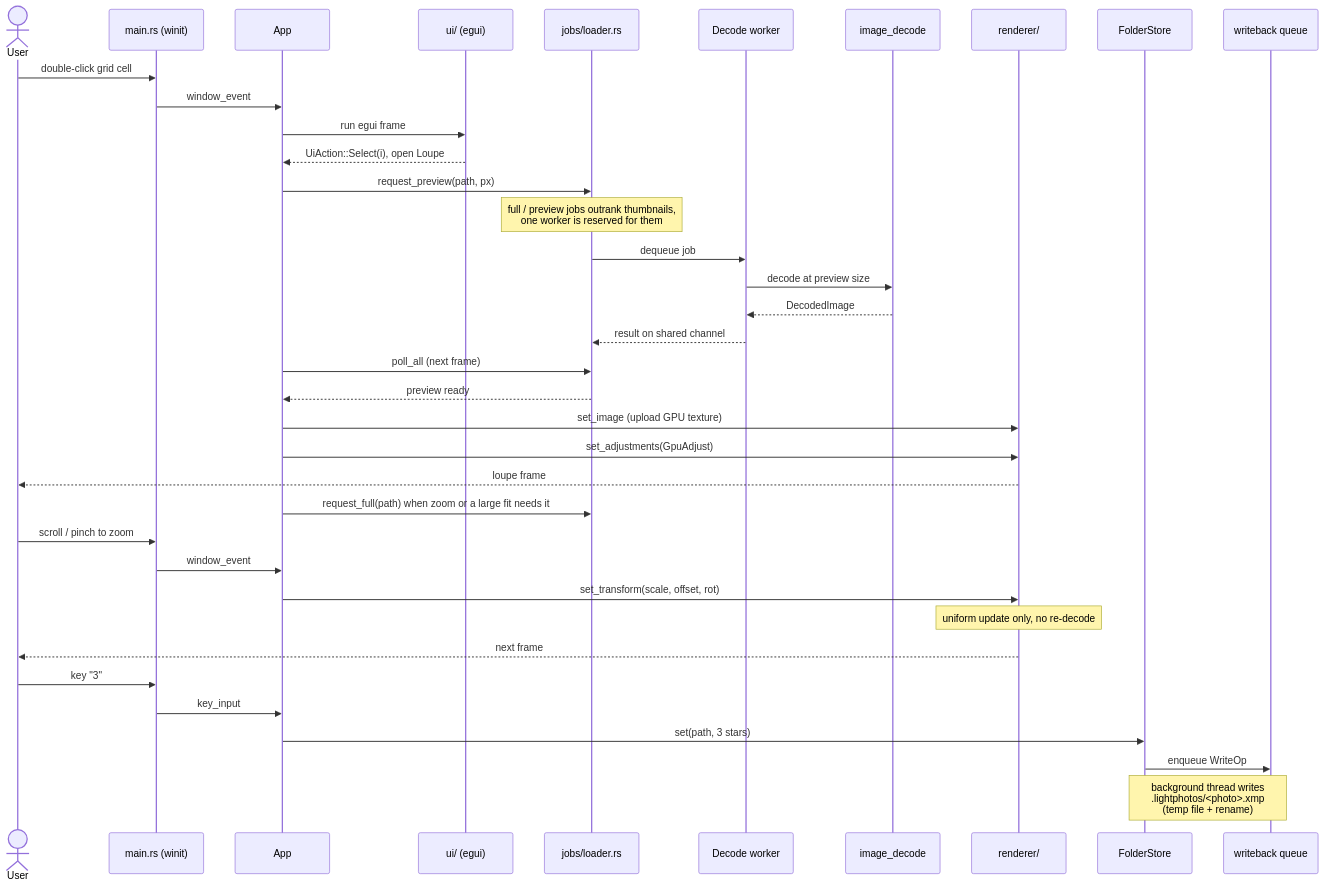
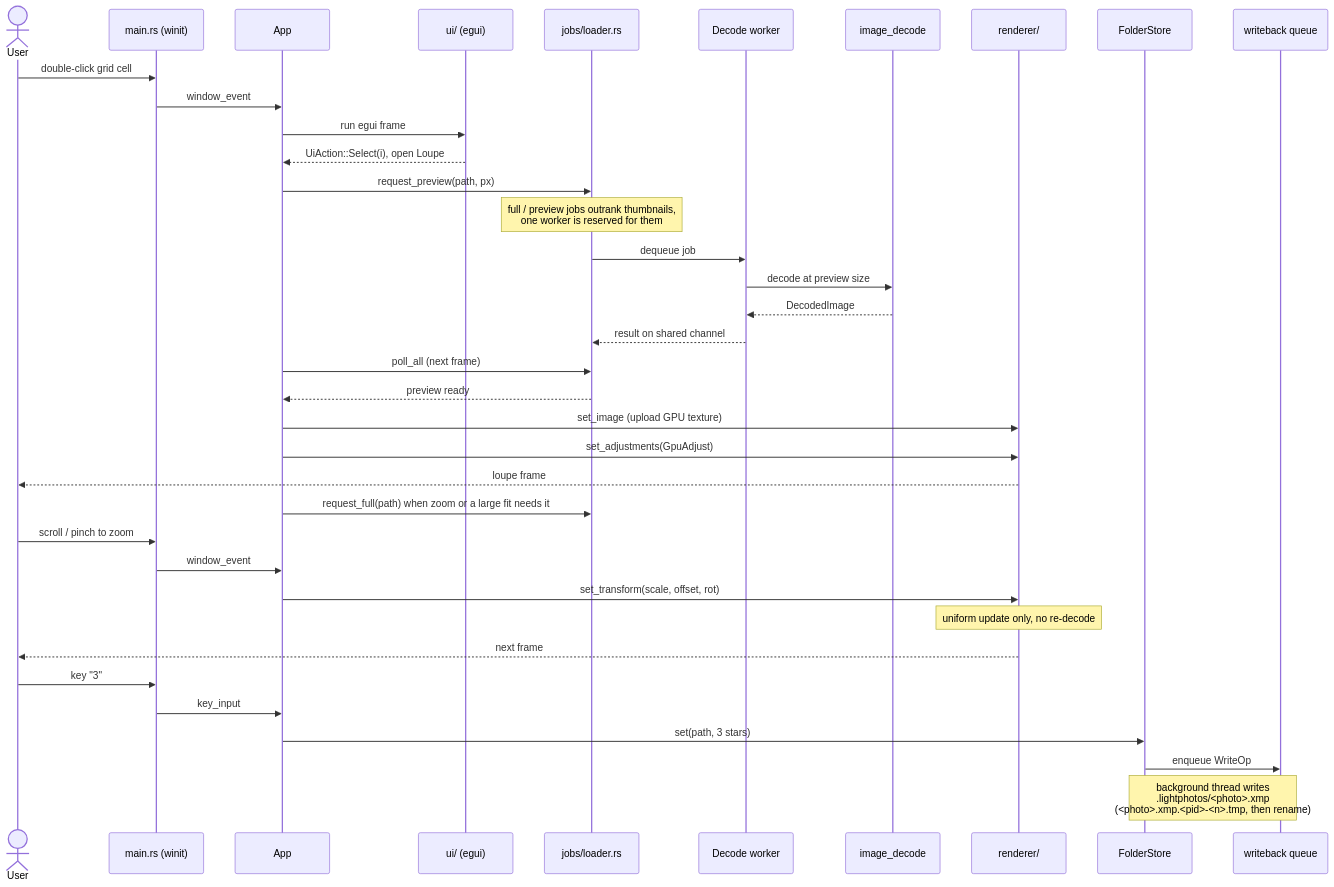
One commit to andrewyao/lightphotos changed the second of 2 diagrams in docs/SYSTEM_DIAGRAM.md. Above: the diagram before and after it, drawn with Mermaid. The commit also changed other lines of this file and 2 other files, not shown here.

First line of the commit message:
docs: Fix stale references in the architecture docs

````diff
--- a/docs/SYSTEM_DIAGRAM.md
+++ b/docs/SYSTEM_DIAGRAM.md
@@ -198,42 +202,42 @@
 ```mermaid
 sequenceDiagram
     actor U as User
     participant M as main.rs (winit)
     participant A as App
     participant UI as ui/ (egui)
     participant L as jobs/loader.rs
     participant W as Decode worker
     participant D as image_decode
     participant R as renderer/
     participant C as FolderStore
     participant Q as writeback queue
 
     U->>M: double-click grid cell
     M->>A: window_event
     A->>UI: run egui frame
     UI-->>A: UiAction::Select(i), open Loupe
     A->>L: request_preview(path, px)
     Note over L: full / preview jobs outrank thumbnails,<br/>one worker is reserved for them
     L->>W: dequeue job
     W->>D: decode at preview size
     D-->>W: DecodedImage
     W-->>L: result on shared channel
     A->>L: poll_all (next frame)
     L-->>A: preview ready
     A->>R: set_image (upload GPU texture)
     A->>R: set_adjustments(GpuAdjust)
     R-->>U: loupe frame
     A->>L: request_full(path) when zoom or a large fit needs it
 
     U->>M: scroll / pinch to zoom
     M->>A: window_event
     A->>R: set_transform(scale, offset, rot)
     Note over R: uniform update only, no re-decode
     R-->>U: next frame
 
     U->>M: key "3"
     M->>A: key_input
     A->>C: set(path, 3 stars)
     C->>Q: enqueue WriteOp
-    Note over C,Q: background thread writes<br/>.lightphotos/<photo>.xmp<br/>(temp file + rename)
+    Note over C,Q: background thread writes<br/>.lightphotos/<photo>.xmp<br/>(<photo>.xmp.<pid>-<n>.tmp, then rename)
 ```
````
